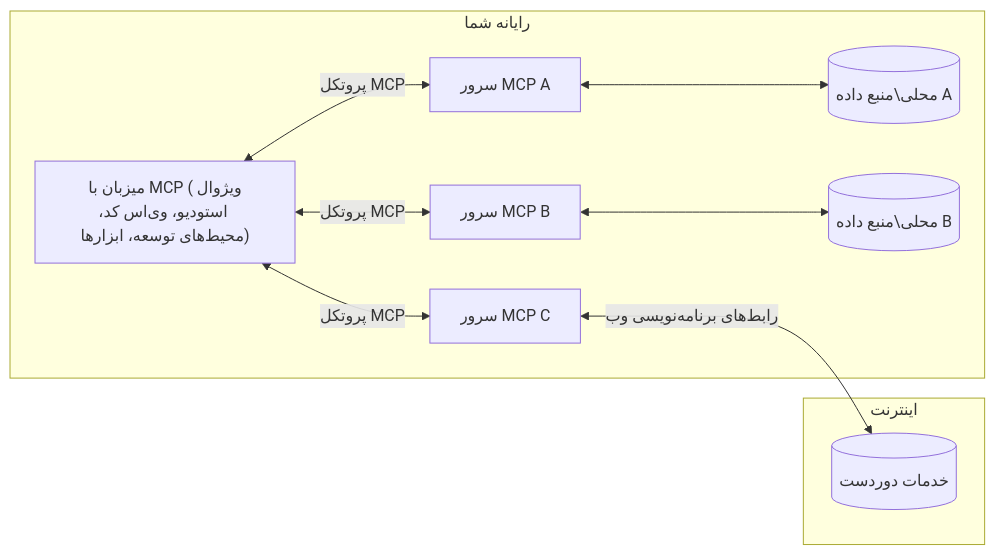
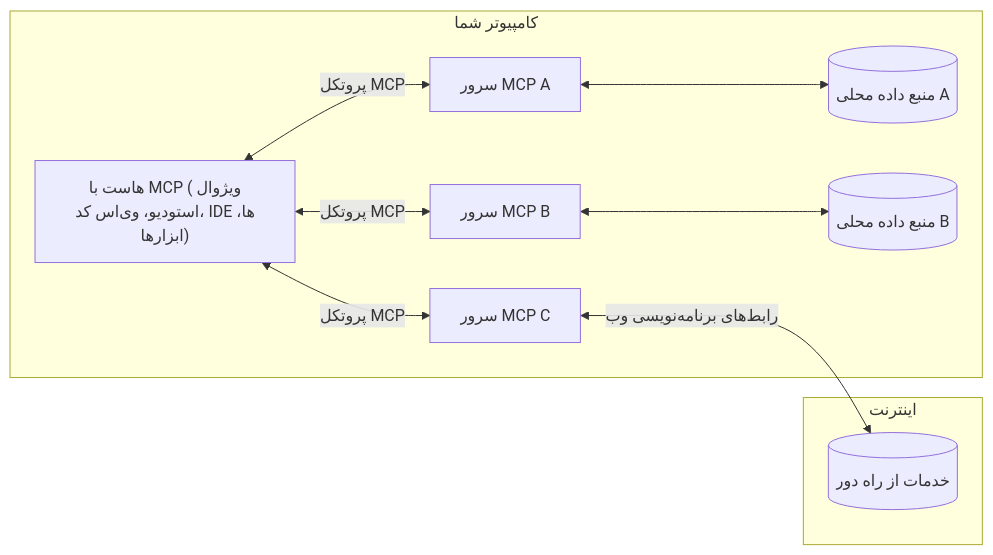
The diagram in mcp_ecosystem__model_context_protocol/mcp_learning_resources/mcp-for-beginners/translations/fa/01-CoreConcepts/README.md (HIDORAKAI002/ai-workspace-archive), drawn with Mermaid before and after one commit. The commit also changed other lines of this file and 1046 other files, not shown here.

````diff
--- a/mcp_ecosystem__model_context_protocol/mcp_learning_resources/mcp-for-beginners/translations/fa/01-CoreConcepts/README.md
+++ b/mcp_ecosystem__model_context_protocol/mcp_learning_resources/mcp-for-beginners/translations/fa/01-CoreConcepts/README.md
@@ -45,17 +45,17 @@
 ```mermaid
 flowchart LR
-    subgraph "رایانه شما"
-        Host["میزبان با MCP (ویژوال استودیو، وی‌اس کد، محیط‌های توسعه، ابزارها)"]
+    subgraph "کامپیوتر شما"
+        Host["هاست با MCP (ویژوال استودیو، وی‌اس کد، IDE‌ها، ابزارها)"]
         S1["سرور MCP A"]
         S2["سرور MCP B"]
         S3["سرور MCP C"]
         Host <-->|"پروتکل MCP"| S1
         Host <-->|"پروتکل MCP"| S2
         Host <-->|"پروتکل MCP"| S3
-        S1 <--> D1[("محلی\منبع داده A")]
-        S2 <--> D2[("محلی\منبع داده B")]
+        S1 <--> D1[("منبع داده محلی A")]
+        S2 <--> D2[("منبع داده محلی B")]
     end
     subgraph "اینترنت"
-        S3 <-->|"رابط‌های برنامه‌نویسی وب"| D3[("خدمات دوردست")]
+        S3 <-->|"رابط‌های برنامه‌نویسی وب"| D3[("خدمات از راه دور")]
     end
 ```
````
